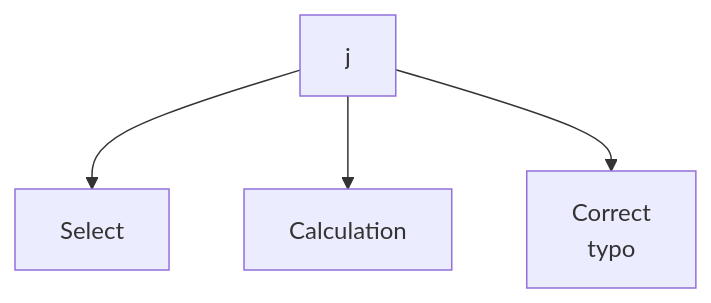
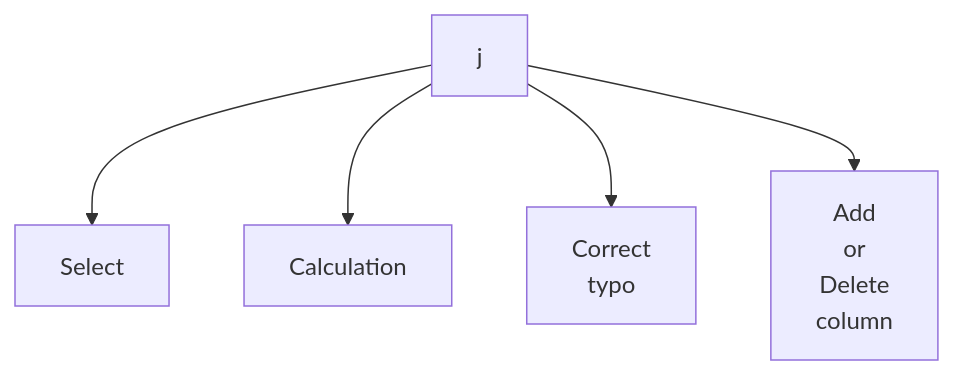
Before and after one commit to drkmenon/myknotes: the fourth of 6 diagrams in Biomedical/Research Methodology/wrangling.qmd, drawn with Mermaid. The commit also changed other lines of this file and 68 other files, not shown here.

````diff
--- a/Biomedical/Research Methodology/wrangling.qmd
+++ b/Biomedical/Research Methodology/wrangling.qmd
@@ -107,7 +140,8 @@
 ```{mermaid}
 flowchart TD
 j --> Select
 j --> Calculation
 j --> Correct\ntypo
+j --> Add\nor\nDelete\ncolumn
 
 ```
````
